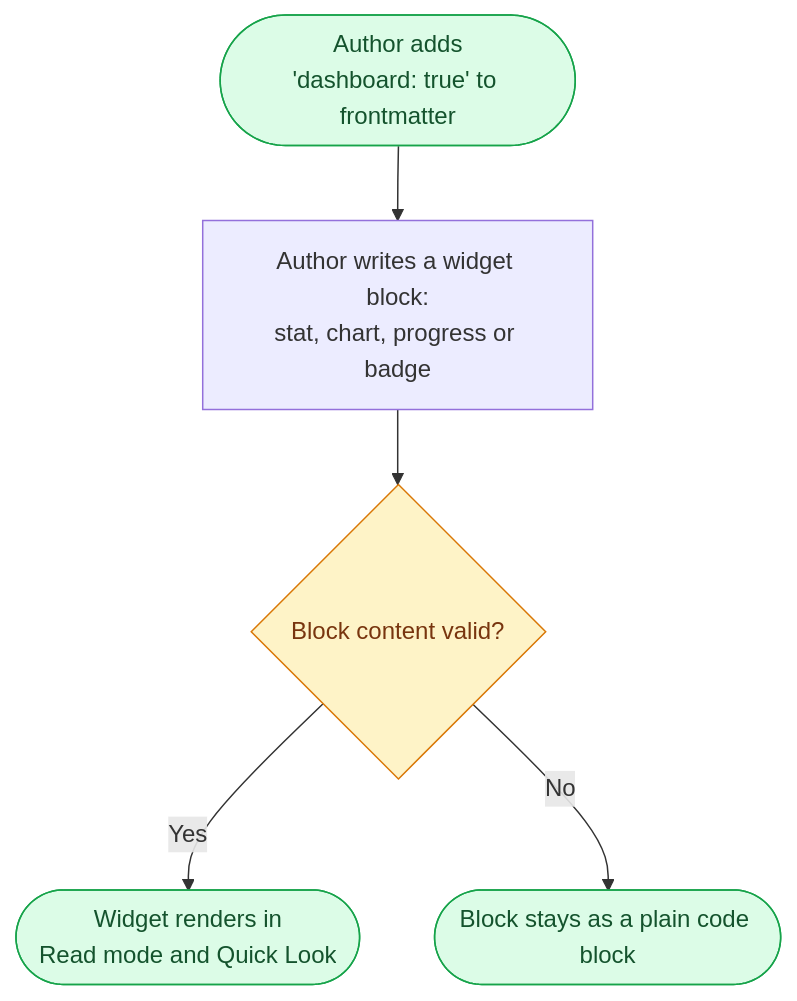
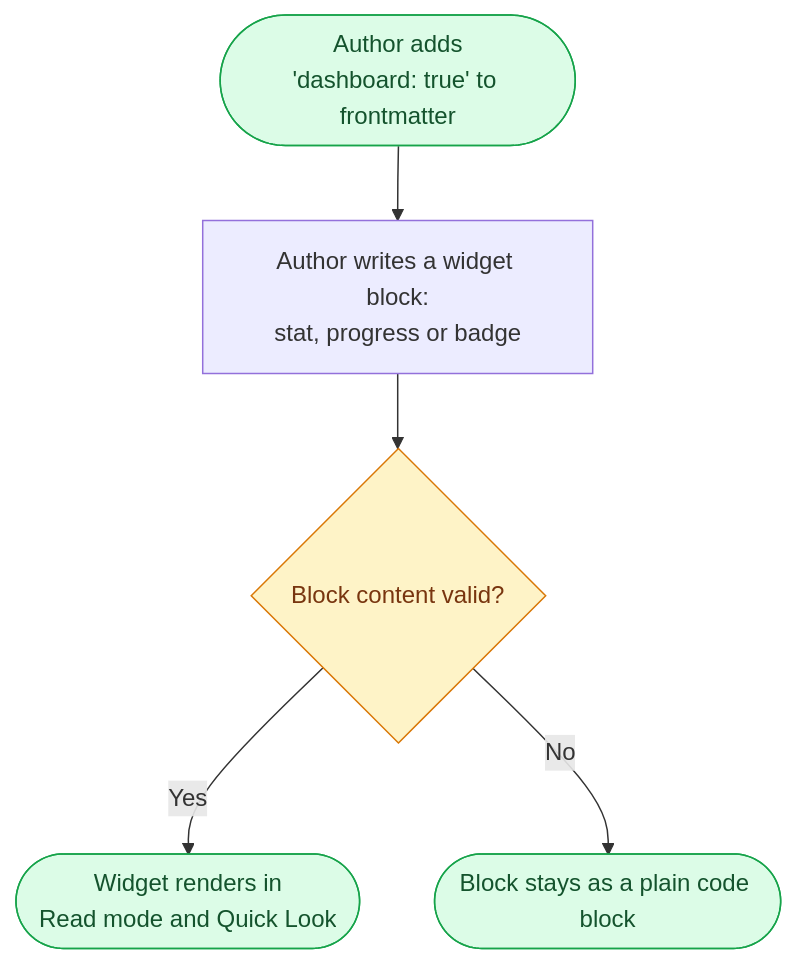
Before and after one commit to bluzky/daisy-app: the first of 4 diagrams in docs/features/markdown-dashboard.md, drawn with Mermaid. The commit also changed other lines of this file and 18 other files, not shown here.

````diff
--- a/docs/features/markdown-dashboard.md
+++ b/docs/features/markdown-dashboard.md
@@ -35,12 +35,12 @@
 ```mermaid
 flowchart TD
-    S(["Author adds<br/>'dashboard: true' to frontmatter"]) --> W["Author writes a widget block:<br/>stat, chart, progress or badge"]
+    S(["Author adds<br/>'dashboard: true' to frontmatter"]) --> W["Author writes a widget block:<br/>stat, progress or badge"]
     W --> V{"Block content valid?"}
     V -- Yes --> R(["Widget renders in<br/>Read mode and Quick Look"])
     V -- No --> F(["Block stays as a plain code block"])
 
     classDef terminal fill:#dcfce7,stroke:#16a34a,color:#14532d
     classDef decision fill:#fef3c7,stroke:#d97706,color:#78350f
     class S,R,F terminal
     class V decision
 ```
````
